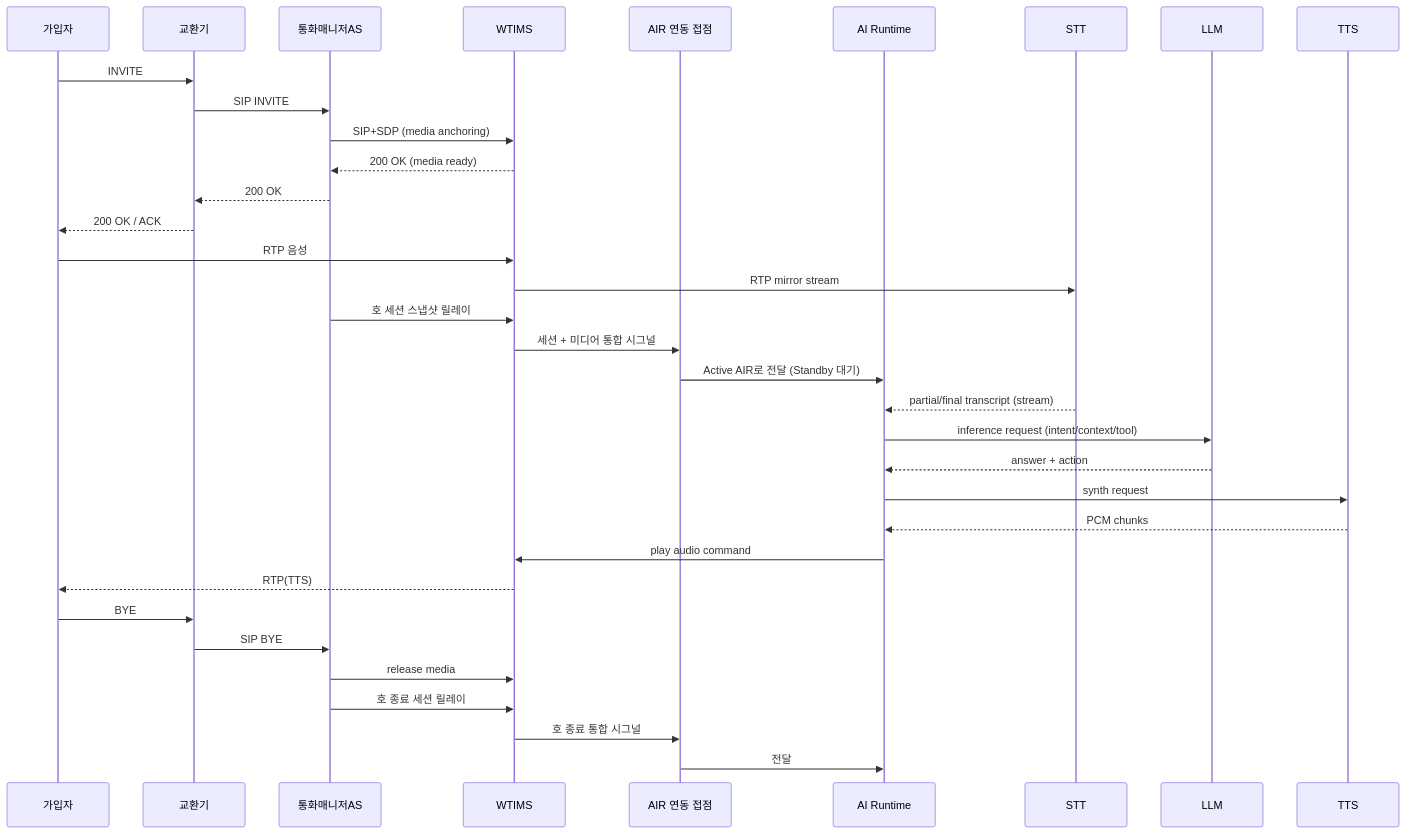
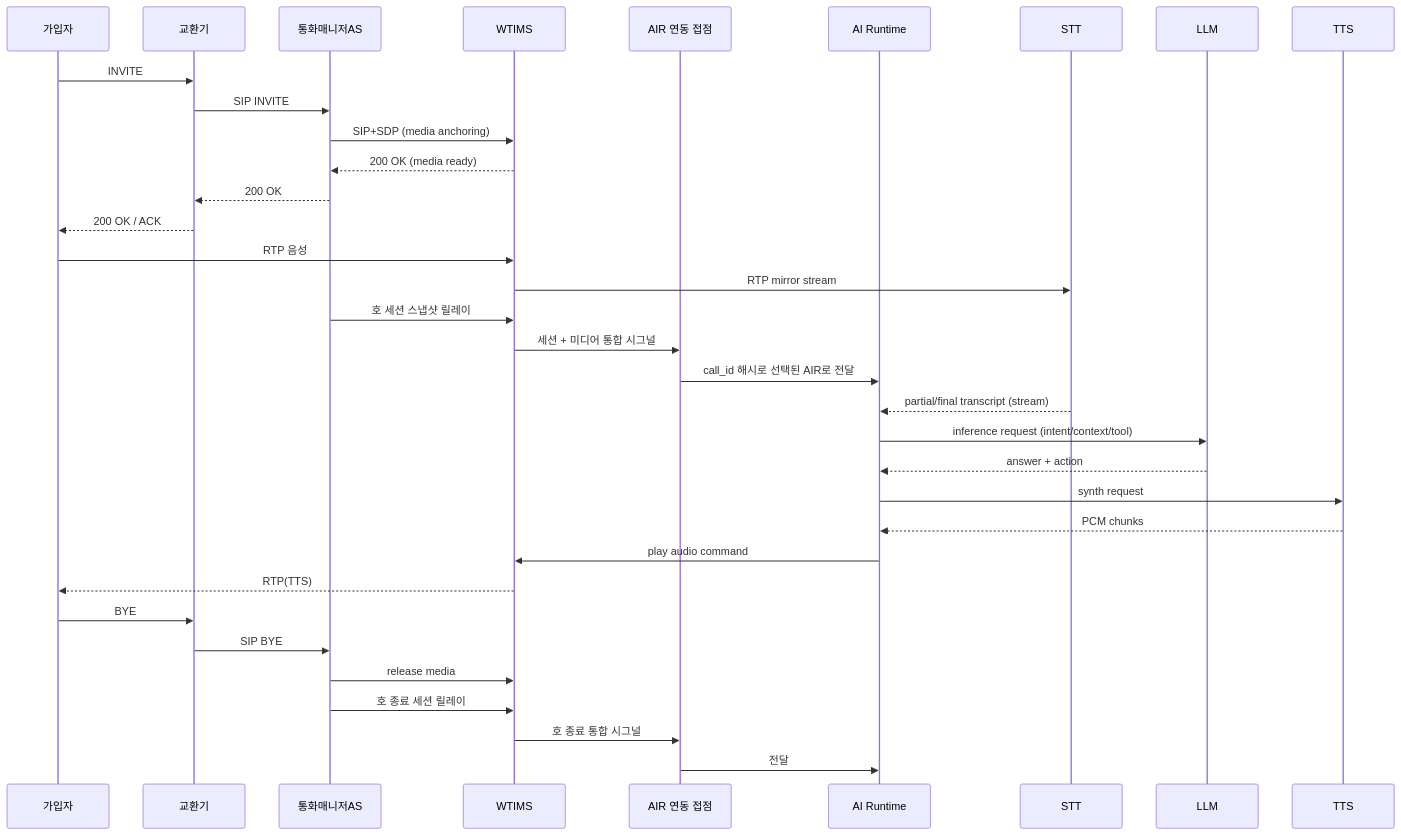
Before and after one commit to hak023/agentic_ai_callbot: the fifth of 7 diagrams in docs/architecture/production-deployment-architecture.md, drawn with Mermaid. The commit also changed other lines of this file, not shown here.

First line of the commit message:
docs(architecture): production deployment — AI Runtime MM, GW vs L4 검토 반영

````diff
--- a/docs/architecture/production-deployment-architecture.md
+++ b/docs/architecture/production-deployment-architecture.md
@@ -605,39 +596,39 @@
 ```mermaid
 sequenceDiagram
     participant U as 가입자
     participant EX as 교환기
     participant CM as 통화매니저AS
     participant WT as WTIMS
     participant GW as AIR 연동 접점
     participant AIR as AI Runtime
     participant STT as STT
     participant LLM as LLM
     participant TTS as TTS
 
     U->>EX: INVITE
     EX->>CM: SIP INVITE
     CM->>WT: SIP+SDP (media anchoring)
     WT-->>CM: 200 OK (media ready)
     CM-->>EX: 200 OK
     EX-->>U: 200 OK / ACK
 
     U->>WT: RTP 음성
     WT->>STT: RTP mirror stream
     CM->>WT: 호 세션 스냅샷 릴레이
     WT->>GW: 세션 + 미디어 통합 시그널
-    GW->>AIR: Active AIR로 전달 (Standby 대기)
+    GW->>AIR: call_id 해시로 선택된 AIR로 전달
     STT-->>AIR: partial/final transcript (stream)
     AIR->>LLM: inference request (intent/context/tool)
     LLM-->>AIR: answer + action
     AIR->>TTS: synth request
     TTS-->>AIR: PCM chunks
     AIR->>WT: play audio command
     WT-->>U: RTP(TTS)
 
     U->>EX: BYE
     EX->>CM: SIP BYE
     CM->>WT: release media
     CM->>WT: 호 종료 세션 릴레이
     WT->>GW: 호 종료 통합 시그널
     GW->>AIR: 전달
 ```
````
